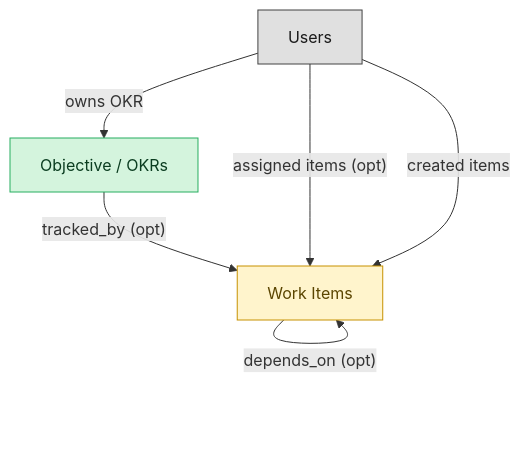
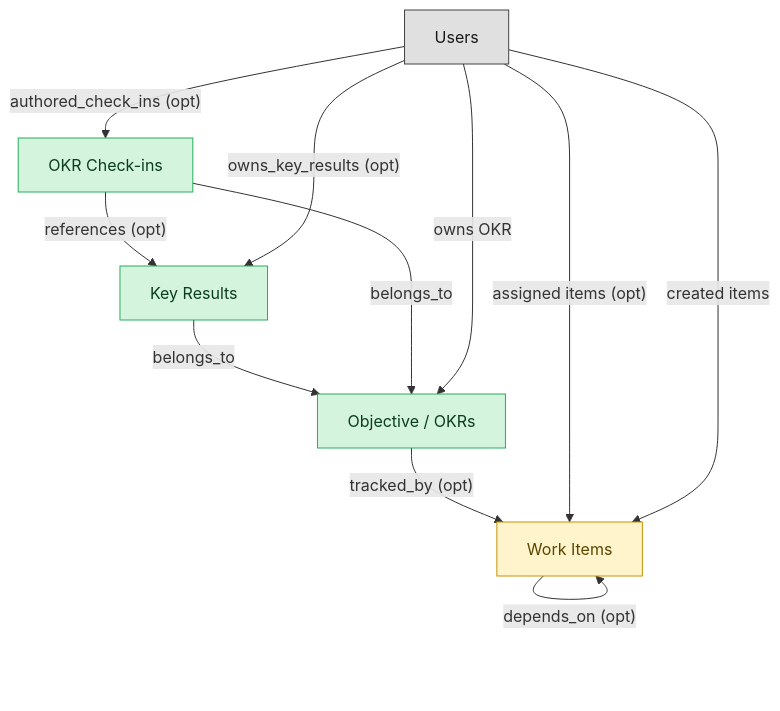
One commit to IntranetFactory/domain-map changed the diagram in catalog/blueprints/work-mgmt-goals-okr-semantic-blueprint.md. Above: the diagram before and after it, drawn with Mermaid. The commit also changed other lines of this file and 170 other files, not shown here.

````diff
--- a/catalog/blueprints/work-mgmt-goals-okr-semantic-blueprint.md
+++ b/catalog/blueprints/work-mgmt-goals-okr-semantic-blueprint.md
@@ -27,17 +31,26 @@
 ```mermaid
 flowchart TD
   classDef master fill:#d4f4dd,stroke:#27ae60,color:#0b3d20;
   classDef embedded_master fill:#fff4cc,stroke:#c79100,color:#5b4500;
   classDef platform_builtin fill:#e0e0e0,stroke:#424242,color:#1a1a1a;
   okr_objectives["Objective / OKRs"]
   work_items["Work Items"]
+  okr_key_results["Key Results"]
+  okr_check_ins["OKR Check-ins"]
   users["Users"]
+  okr_key_results -->|"belongs_to"| okr_objectives
+  okr_check_ins -->|"belongs_to"| okr_objectives
+  okr_check_ins -->|"references (opt)"| okr_key_results
   work_items -->|"depends_on (opt)"| work_items
   okr_objectives -->|"tracked_by (opt)"| work_items
+  users -->|"owns_key_results (opt)"| okr_key_results
+  users -->|"authored_check_ins (opt)"| okr_check_ins
   users -->|"assigned items (opt)"| work_items
   users -->|"created items"| work_items
   users -->|"owns OKR"| okr_objectives
   class okr_objectives master;
   class work_items embedded_master;
+  class okr_key_results master;
+  class okr_check_ins master;
   class users platform_builtin;
 ```
````
